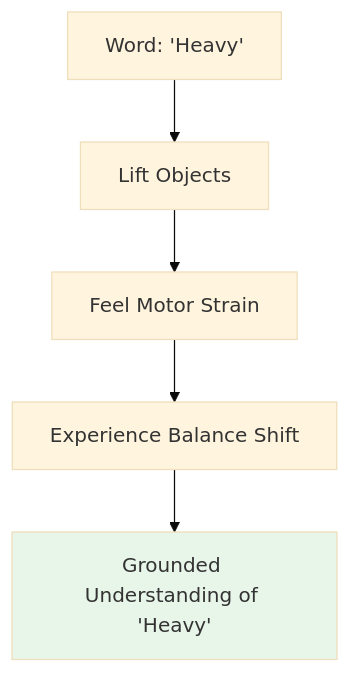
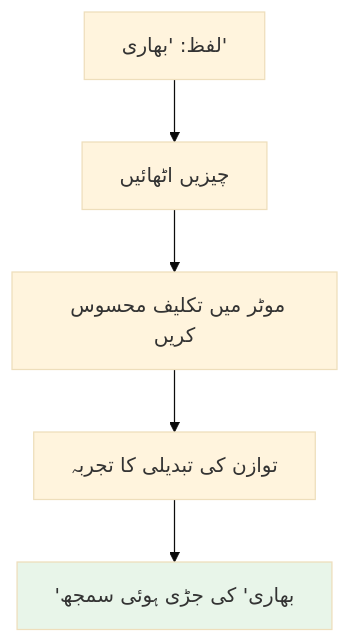
Before and after one commit to laraib28/hackathon1: the diagram in humanoid-robotics-book/i18n/ur/docusaurus-plugin-content-docs/current/part1-foundations/chapter-03-why-embodied-intelligence-matters.md, drawn with Mermaid (base theme). The commit also changed other lines of this file and 148 other files, not shown here.

````diff
--- a/humanoid-robotics-book/i18n/ur/docusaurus-plugin-content-docs/current/part1-foundations/chapter-03-why-embodied-intelligence-matters.md
+++ b/humanoid-robotics-book/i18n/ur/docusaurus-plugin-content-docs/current/part1-foundations/chapter-03-why-embodied-intelligence-matters.md
@@ -99,8 +99,8 @@
 ```mermaid
 graph TD
-    A[Word: 'Heavy'] --> B[Lift Objects]
-    B --> C[Feel Motor Strain]
-    C --> D[Experience Balance Shift]
-    D --> E[Grounded Understanding of 'Heavy']
+    A[لفظ: 'بھاری'] --> B[چیزیں اٹھائیں]
+    B --> C[موٹر میں تکلیف محسوس کریں]
+    C --> D[توازن کی تبدیلی کا تجربہ]
+    D --> E['بھاری' کی جڑی ہوئی سمجھ]
     style E fill:#e8f5e9
 ```
````
